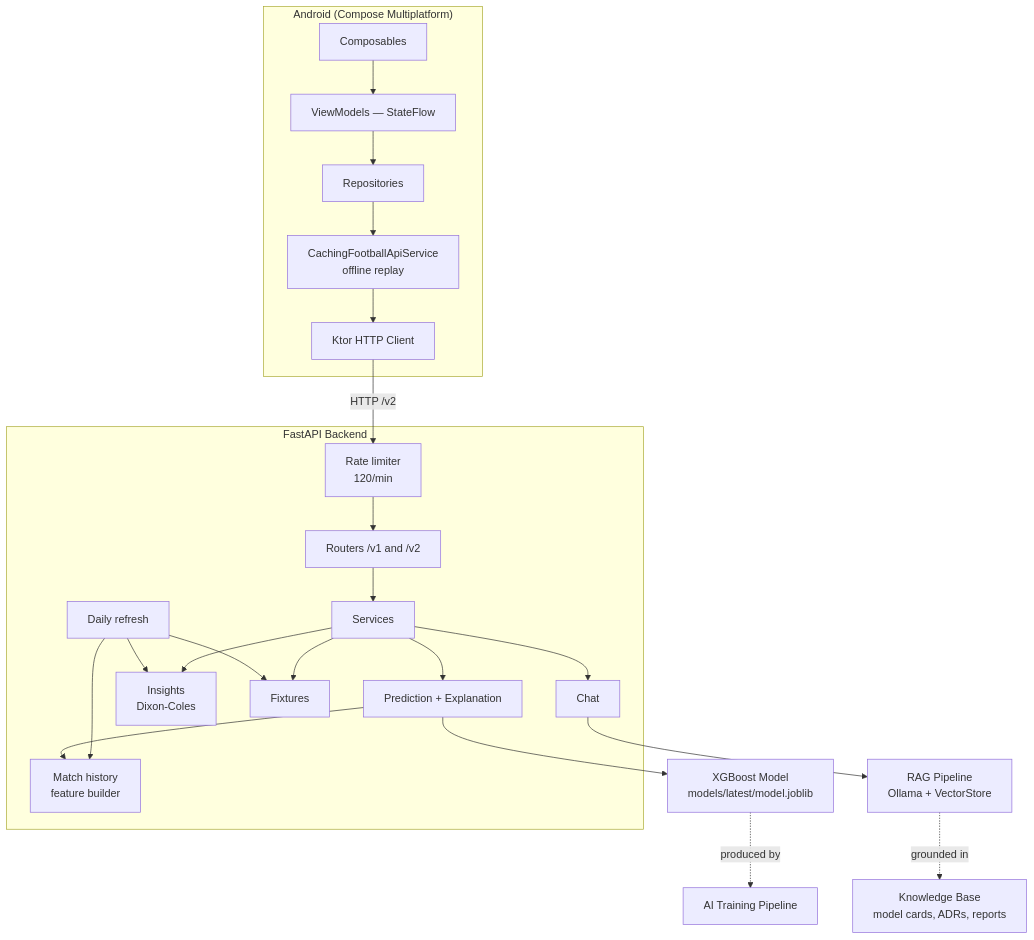
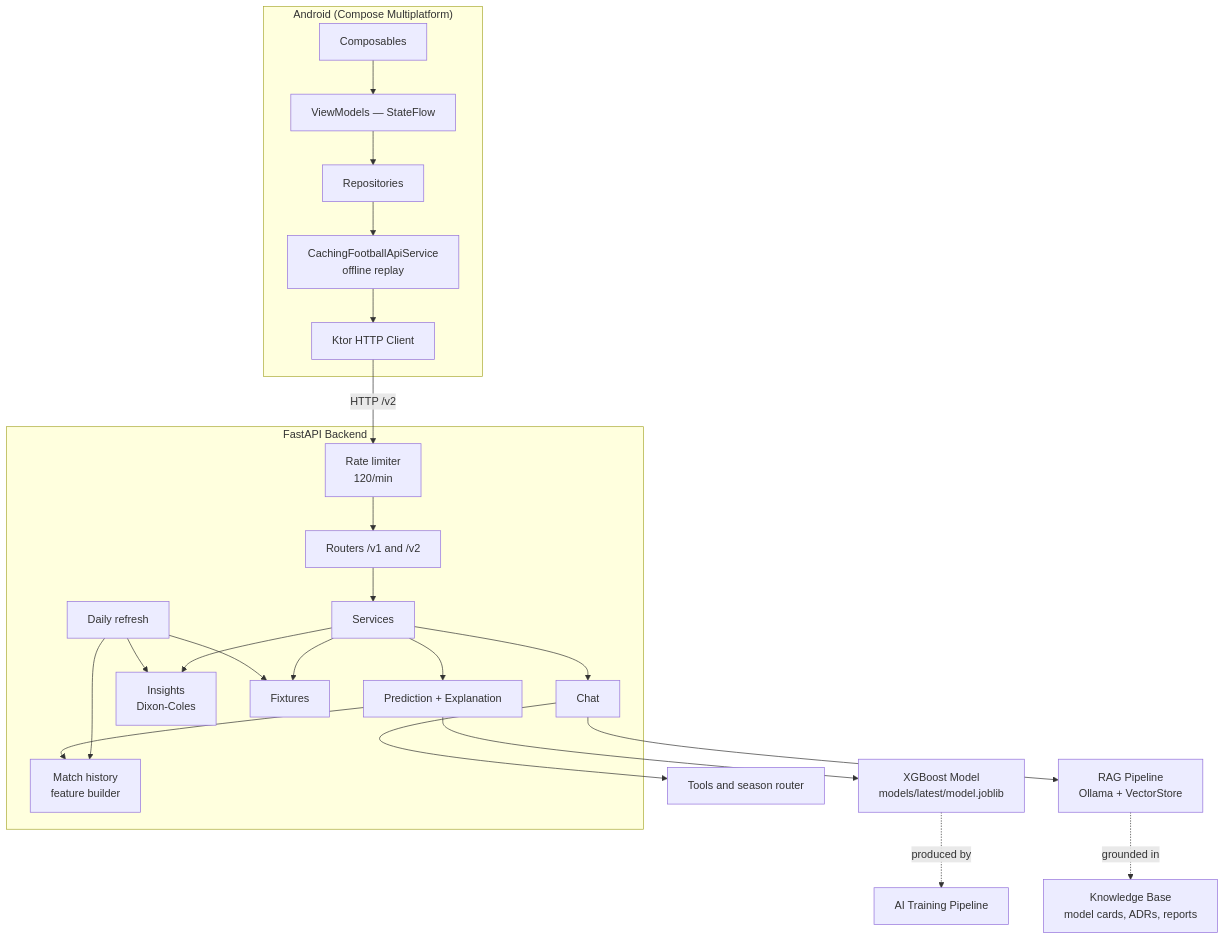
The first of 3 diagrams in docs/showcase/project-showcase.md (SumukhaK/football-intelligence-platform), drawn with Mermaid before and after one commit. The commit also changed other lines of this file and 33 other files, not shown here.

````diff
--- a/docs/showcase/project-showcase.md
+++ b/docs/showcase/project-showcase.md
@@ -31,30 +31,31 @@
 ```mermaid
 flowchart TD
     subgraph Mobile["Android (Compose Multiplatform)"]
         UI[Composables] --> VM[ViewModels — StateFlow]
         VM --> Repo[Repositories]
         Repo --> Cache[CachingFootballApiService\noffline replay]
         Cache --> Ktor[Ktor HTTP Client]
     end
 
     Ktor -- "HTTP /v2" --> RL
 
     subgraph Backend["FastAPI Backend"]
         RL[Rate limiter\n120/min] --> API[Routers /v1 and /v2]
         API --> Svc[Services]
         Svc --> Pred[Prediction + Explanation]
         Svc --> Ins[Insights\nDixon-Coles]
         Svc --> Fix[Fixtures]
         Svc --> Chat[Chat]
         Refresh[Daily refresh] --> Hist[Match history\nfeature builder]
         Refresh --> Ins
         Refresh --> Fix
         Pred --> Hist
     end
 
     Pred --> Model[XGBoost Model\nmodels/latest/model.joblib]
+    Chat --> Tools[Tools and season router]
     Chat --> RAG[RAG Pipeline\nOllama + VectorStore]
 
     Model -. produced by .-> Pipeline[AI Training Pipeline]
     RAG -. grounded in .-> KB[Knowledge Base\nmodel cards, ADRs, reports]
 ```
````
